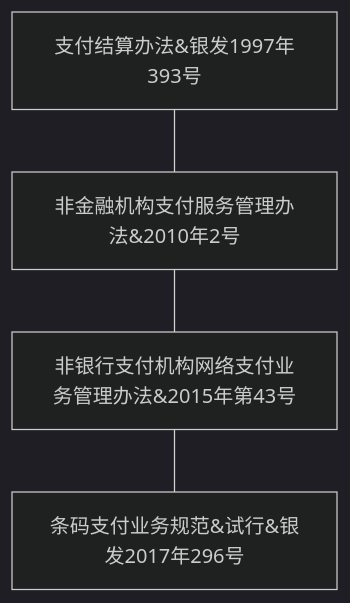
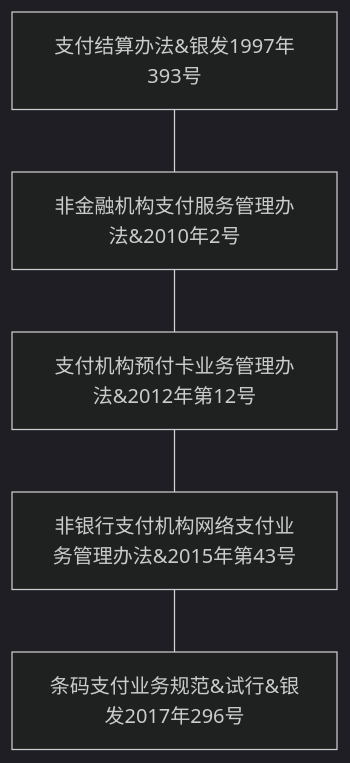
The first of 2 diagrams in source/_drafts/支付相关政策学习.md (JinyLiz/cainiaodeblog), drawn with Mermaid (dark theme) before and after one commit. The commit also changed 5 other files, not shown here.

````diff
--- a/source/_drafts/支付相关政策学习.md
+++ b/source/_drafts/支付相关政策学习.md
@@ -9,8 +9,9 @@
 ```mermaid
 
 graph TB
-     支付结算办法&银发1997年393号 --- 非金融机构支付服务管理办法&2010年2号               
-     非金融机构支付服务管理办法&2010年2号 --- 非银行支付机构网络支付业务管理办法&2015年第43号
+     支付结算办法&银发1997年393号 --- 非金融机构支付服务管理办法&2010年2号  
+     非金融机构支付服务管理办法&2010年2号 --- 支付机构预付卡业务管理办法&2012年第12号            
+     支付机构预付卡业务管理办法&2012年第12号 --- 非银行支付机构网络支付业务管理办法&2015年第43号
      非银行支付机构网络支付业务管理办法&2015年第43号 --- 条码支付业务规范&试行&银发2017年296号  
      
 ```
````
